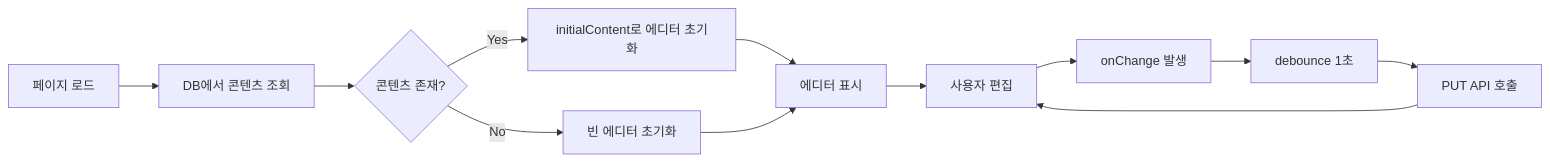
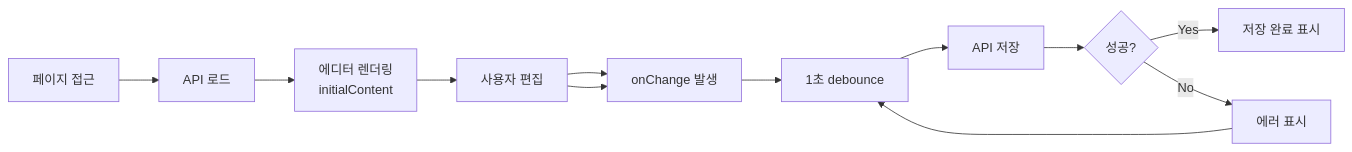
Before and after one commit to jongik-sv/orchay: the second of 2 diagrams in .orchay/projects/notion-like/tasks/TSK-01-02/010-design.md, drawn with Mermaid. The commit also changed other lines of this file and 2 other files, not shown here.

First line of the commit message:
[wf:start] TSK-01-02: 에디터 콘텐츠 저장/로드 설계 완료

````diff
--- a/.orchay/projects/notion-like/tasks/TSK-01-02/010-design.md
+++ b/.orchay/projects/notion-like/tasks/TSK-01-02/010-design.md
@@ -201,14 +206,14 @@
 ```mermaid
 flowchart LR
-    A[페이지 로드] --> B[DB에서 콘텐츠 조회]
-    B --> C{콘텐츠 존재?}
-    C -->|Yes| D[initialContent로 에디터 초기화]
-    C -->|No| E[빈 에디터 초기화]
-    D --> F[에디터 표시]
-    E --> F
-    F --> G[사용자 편집]
-    G --> H[onChange 발생]
-    H --> I[debounce 1초]
-    I --> J[PUT API 호출]
-    J --> G
+    A[페이지 접근] --> B[API 로드]
+    B --> C[에디터 렌더링<br/>initialContent]
+    C --> D[사용자 편집]
+    D --> E[onChange 발생]
+    E --> F[1초 debounce]
+    F --> G[API 저장]
+    G --> H{성공?}
+    H -->|Yes| I[저장 완료 표시]
+    H -->|No| J[에러 표시]
+    J --> F
+    D --> E
 ```
````
